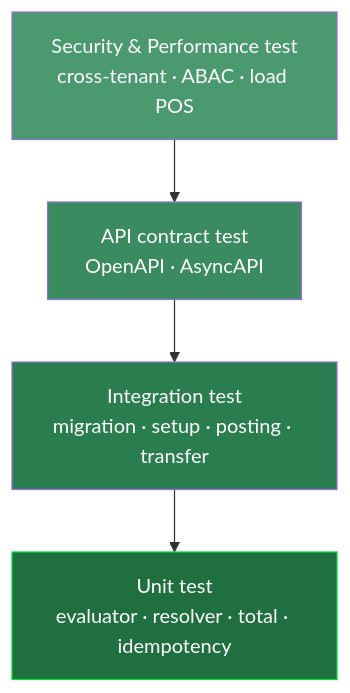
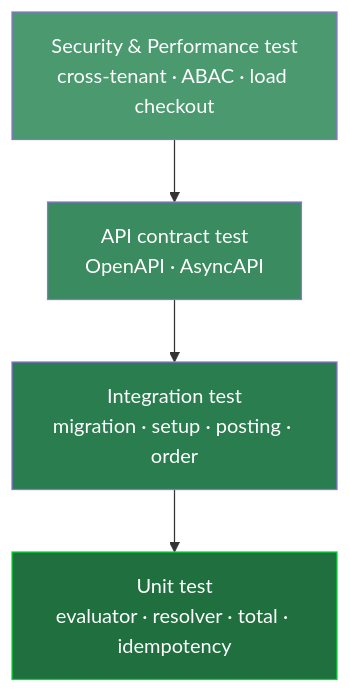
The second of 3 diagrams in docs/awcms-micro/07_sprint_testing_production_readiness.md (ahliweb/awcms-micro), drawn with Mermaid before and after one commit. The commit also changed other lines of this file and 24 other files, not shown here.

````diff
--- a/docs/awcms-micro/07_sprint_testing_production_readiness.md
+++ b/docs/awcms-micro/07_sprint_testing_production_readiness.md
@@ -156,10 +162,10 @@
 ```mermaid
 flowchart TB
-  E[Security & Performance test<br/>cross-tenant · ABAC · load POS] --> D[API contract test<br/>OpenAPI · AsyncAPI]
-  D --> C[Integration test<br/>migration · setup · posting · transfer]
+  E[Security & Performance test<br/>cross-tenant · ABAC · load checkout] --> D[API contract test<br/>OpenAPI · AsyncAPI]
+  D --> C[Integration test<br/>migration · setup · posting · order]
   C --> B[Unit test<br/>evaluator · resolver · total · idempotency]
   style B fill:#1f6f3f,stroke:#0d3,color:#fff
   style C fill:#2a7d4f,color:#fff
   style D fill:#3a8b5f,color:#fff
   style E fill:#4a996f,color:#fff
 ```
````
